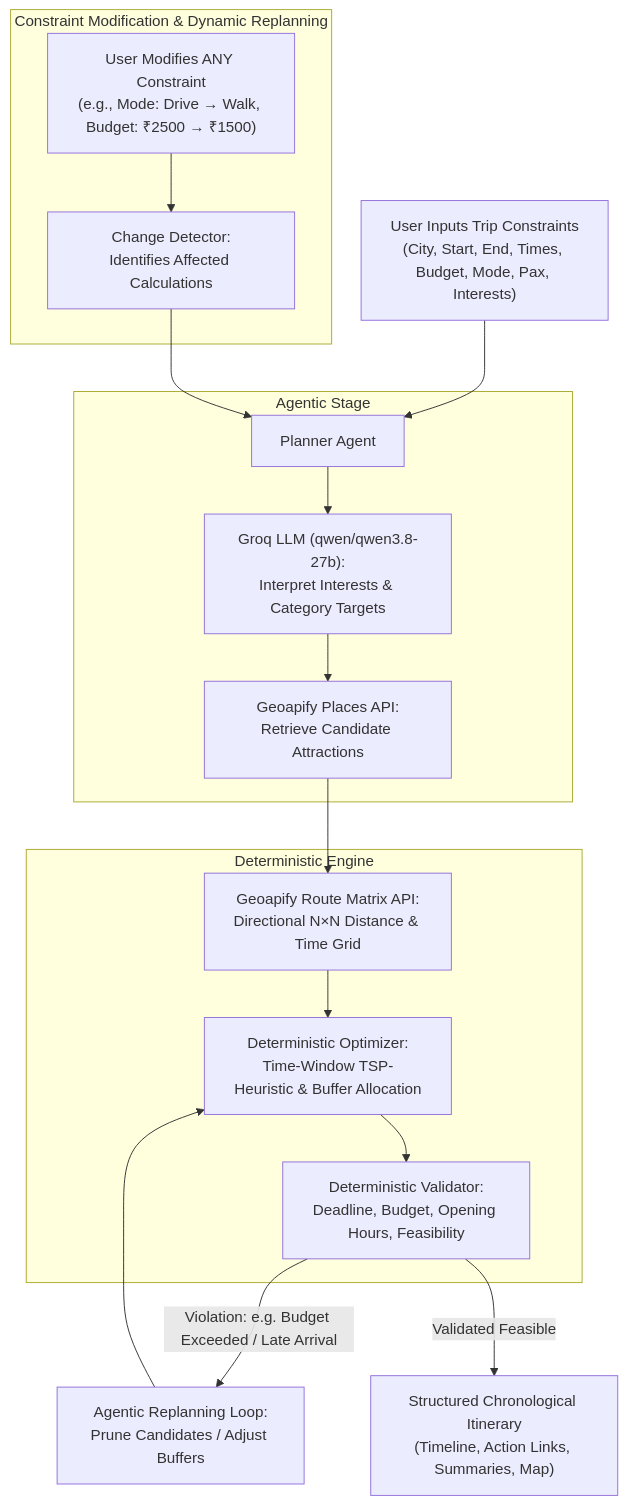
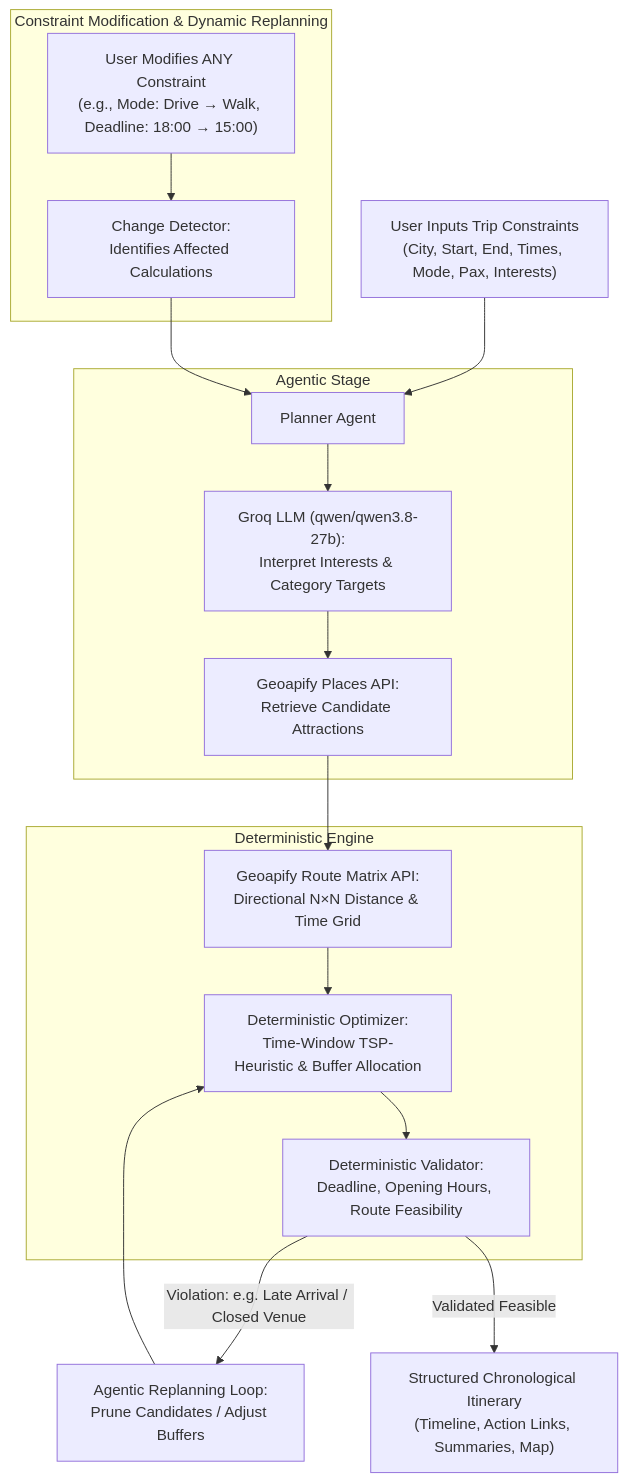
One commit to abdulalthaf717/one-day-city-planner changed the first of 2 diagrams in README.md. Above: the diagram before and after it, drawn with Mermaid. The commit also changed other lines of this file and 39 other files, not shown here.

````diff
--- a/README.md
+++ b/README.md
@@ -22,27 +22,27 @@
 ```mermaid
 flowchart TD
-    Start["User Inputs Trip Constraints\n(City, Start, End, Times, Budget, Mode, Pax, Interests)"]
+    Start["User Inputs Trip Constraints\n(City, Start, End, Times, Mode, Pax, Interests)"]
     Start --> Planner["Planner Agent"]
     
     subgraph Agentic Stage
         Planner --> LLM["Groq LLM (qwen/qwen3.8-27b):\nInterpret Interests & Category Targets"]
         LLM --> PlacesAPI["Geoapify Places API:\nRetrieve Candidate Attractions"]
     end
     
     subgraph Deterministic Engine
         PlacesAPI --> MatrixAPI["Geoapify Route Matrix API:\nDirectional N×N Distance & Time Grid"]
         MatrixAPI --> Optimizer["Deterministic Optimizer:\nTime-Window TSP-Heuristic & Buffer Allocation"]
-        Optimizer --> Validator["Deterministic Validator:\nDeadline, Budget, Opening Hours, Feasibility"]
+        Optimizer --> Validator["Deterministic Validator:\nDeadline, Opening Hours, Route Feasibility"]
     end
     
-    Validator -->|Violation: e.g. Budget Exceeded / Late Arrival| Replanner["Agentic Replanning Loop:\nPrune Candidates / Adjust Buffers"]
+    Validator -->|Violation: e.g. Late Arrival / Closed Venue| Replanner["Agentic Replanning Loop:\nPrune Candidates / Adjust Buffers"]
     Replanner --> Optimizer
     
     Validator -->|Validated Feasible| ItineraryOutput["Structured Chronological Itinerary\n(Timeline, Action Links, Summaries, Map)"]
     
     subgraph Constraint Modification & Dynamic Replanning
-        UserMod["User Modifies ANY Constraint\n(e.g., Mode: Drive → Walk, Budget: ₹2500 → ₹1500)"]
+        UserMod["User Modifies ANY Constraint\n(e.g., Mode: Drive → Walk, Deadline: 18:00 → 15:00)"]
         UserMod --> ChangeDetect["Change Detector:\nIdentifies Affected Calculations"]
         ChangeDetect --> Planner
     end
 ```
````
